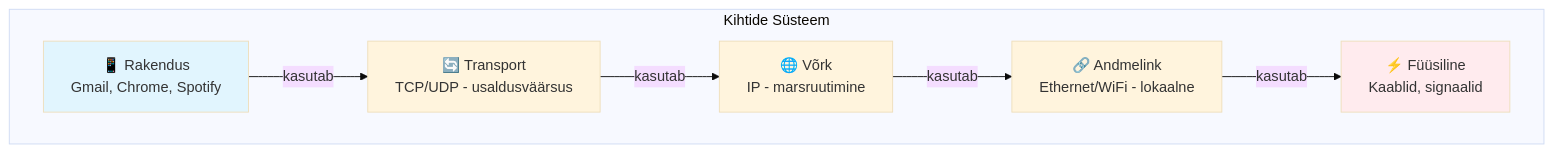
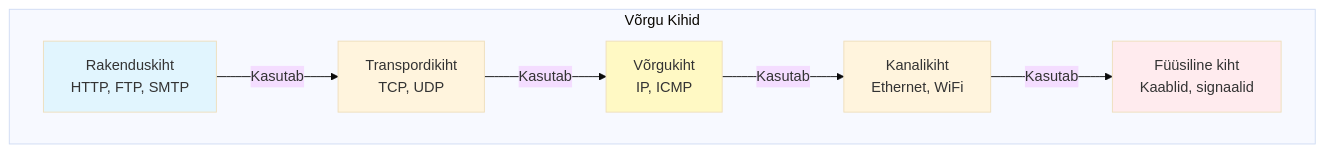
One commit to mtalvik/av_alused changed the second of 13 diagrams in Lecture/loeng2.md. Above: the diagram before and after it, drawn with Mermaid (base theme). The commit also changed other lines of this file, not shown here.

````diff
--- a/Lecture/loeng2.md
+++ b/Lecture/loeng2.md
@@ -65,18 +32,19 @@
 ```mermaid
 graph TB
-    subgraph "Kihtide Süsteem"
-        A[📱 Rakendus<br/>Gmail, Chrome, Spotify]
-        B[🔄 Transport<br/>TCP/UDP - usaldusväärsus]
-        C[🌐 Võrk<br/>IP - marsruutimine]
-        D[🔗 Andmelink<br/>Ethernet/WiFi - lokaalne]
-        E[⚡ Füüsiline<br/>Kaablid, signaalid]
+    subgraph "Võrgu Kihid"
+        A[Rakenduskiht<br/>HTTP, FTP, SMTP]
+        B[Transpordikiht<br/>TCP, UDP]
+        C[Võrgukiht<br/>IP, ICMP]
+        D[Kanalikiht<br/>Ethernet, WiFi]
+        E[Füüsiline kiht<br/>Kaablid, signaalid]
     end
     
-    A -->|kasutab| B
-    B -->|kasutab| C
-    C -->|kasutab| D
-    D -->|kasutab| E
+    A -->|Kasutab| B
+    B -->|Kasutab| C
+    C -->|Kasutab| D
+    D -->|Kasutab| E
     
     style A fill:#e1f5fe
+    style C fill:#fff9c4
     style E fill:#ffebee
 ```
````
